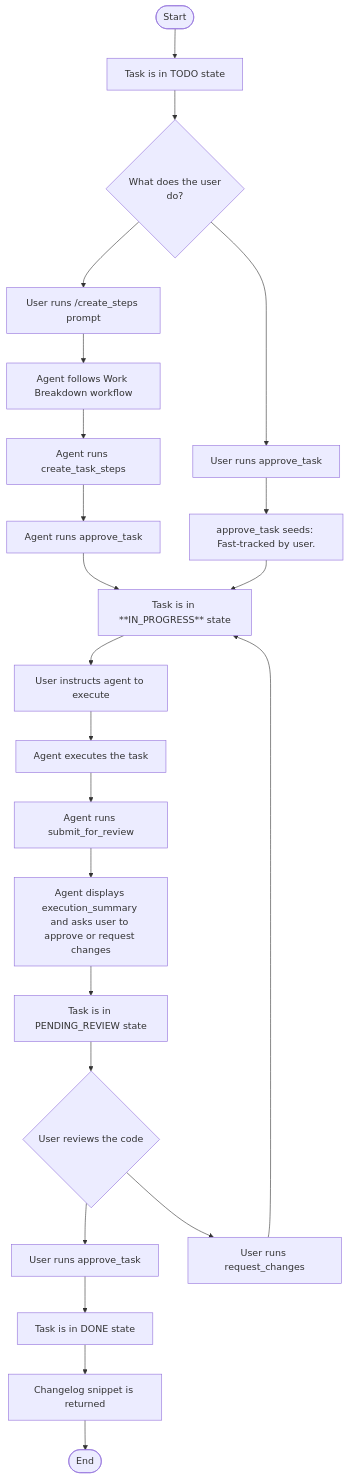
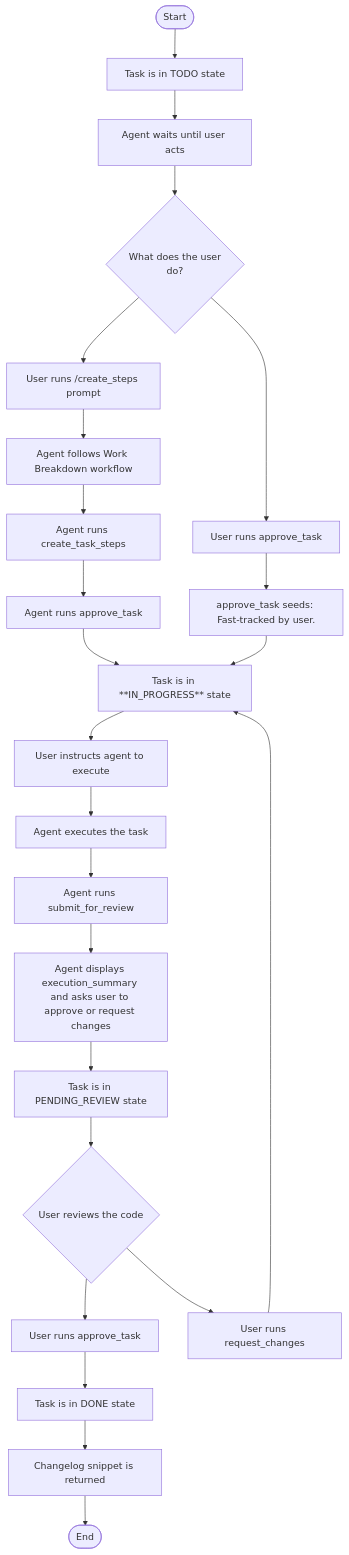
One commit to sgrade/plan-manager changed the third of 3 diagrams in docs/project_workflow.md. Above: the diagram before and after it, drawn with Mermaid. The commit also changed 6 other files, not shown here.

````diff
--- a/docs/project_workflow.md
+++ b/docs/project_workflow.md
@@ -69,29 +69,30 @@
 ```mermaid
 graph TD
     A([Start]) --> B[Task is in TODO state];
-    B --> C{What does the user<br/>do?};
+    B --> C1[Agent waits until user acts];
+    C1 --> C{What does the user<br/>do?};
     
     C --> D[User runs /create_steps prompt];
     C --> H[User runs approve_task] --> I[approve_task seeds: Fast-tracked by user.];
     D --> E["Agent follows Work Breakdown workflow"];
     E --> F["Agent runs create_task_steps"];
     F --> G["Agent runs approve_task"];
         
     G --> J[Task is in **IN_PROGRESS** state];
     I --> J;
     J --> J2["User instructs agent to execute"];
     J2 --> J3["Agent executes the task"];
 
     
     J3 --> K["Agent runs submit_for_review"];
     K --> L["Agent displays execution_summary and asks user to approve or request changes"]
     L --> M[Task is in PENDING_REVIEW state];
     
     M --> M1{User reviews the code};
     M1 --> Q[User runs approve_task] --> N[Task is in DONE state];
     M1 --> M2[User runs request_changes] --> J;
     
     N --> N2["Changelog snippet is returned"];
     N2 --> Z([End]);
 
 ```
````
